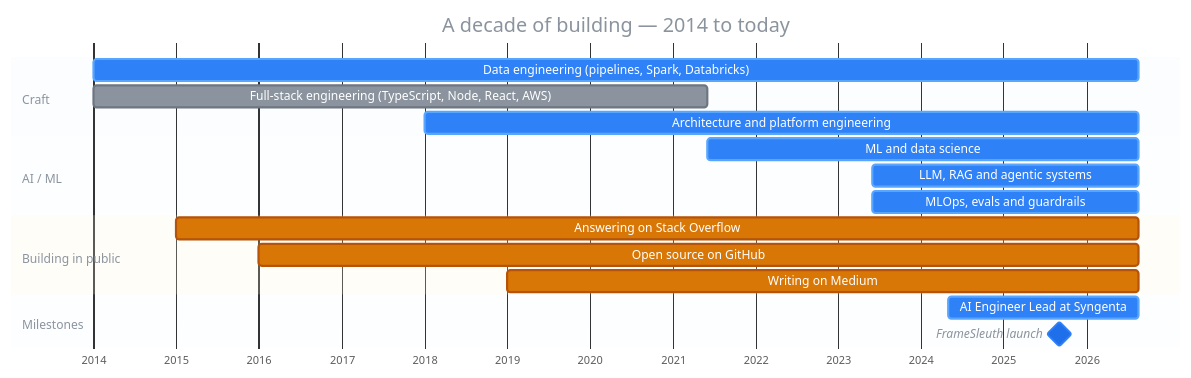
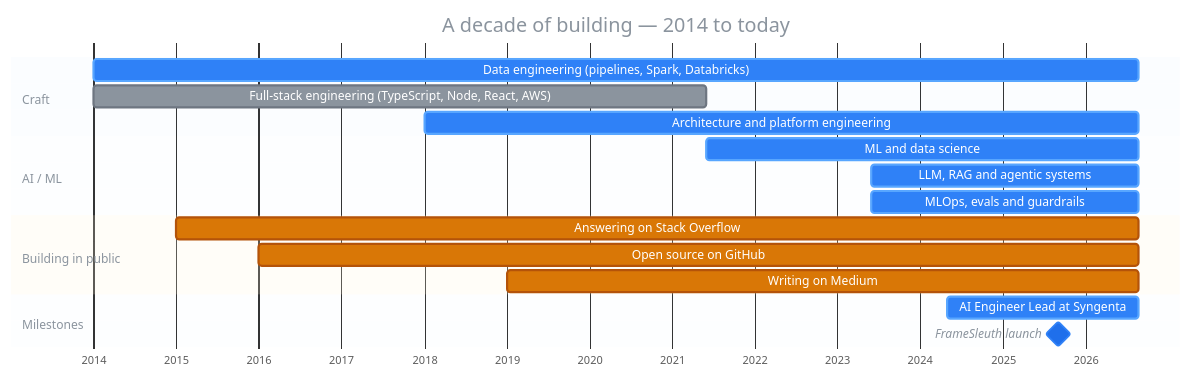
Before and after one commit to santoshshinde2012/santoshshinde2012: the first of 2 diagrams in README.md, drawn with Mermaid. The commit also changed other lines of this file, not shown here.

Commit message:
chore: refresh shipping summary

````diff
--- a/README.md
+++ b/README.md
@@ -132,27 +132,27 @@
 ```mermaid
 %%{init: {'theme':'base','themeVariables':{'fontFamily':'Fira Code, monospace','taskBkgColor':'#1F6FEB','taskBorderColor':'#2F81F7','activeTaskBkgColor':'#2F81F7','activeTaskBorderColor':'#58A6FF','doneTaskBkgColor':'#8B949E','doneTaskBorderColor':'#6E7681','critBkgColor':'#D97706','critBorderColor':'#B45309','critTextColor':'#ffffff','milestoneBkgColor':'#238636','milestoneBorderColor':'#2EA043','taskTextColor':'#ffffff','taskTextDarkColor':'#ffffff','taskTextLightColor':'#ffffff','taskTextOutsideColor':'#8B949E','gridColor':'#30363D','todayLineColor':'#F85149','titleColor':'#8B949E','sectionBkgColor':'#2F81F714','altSectionBkgColor':'#2F81F70A'}}}%%
 gantt
     title A decade of building — 2014 to today
     dateFormat YYYY-MM-DD
     axisFormat %Y
     tickInterval 1year
 
     section Craft
-    Data engineering (pipelines, Spark, Databricks)      :active, de,   2014-01-01, 2026-08-19
+    Data engineering (pipelines, Spark, Databricks)      :active, de,   2014-01-01, 2026-08-24
     Full-stack engineering (TypeScript, Node, React, AWS) :done,   fs,   2014-01-01, 2021-06-01
-    Architecture and platform engineering                :active, arch, 2018-01-01, 2026-08-19
+    Architecture and platform engineering                :active, arch, 2018-01-01, 2026-08-24
 
     section AI / ML
-    ML and data science                                  :active, ml,   2021-06-01, 2026-08-19
-    LLM, RAG and agentic systems                         :active, llm,  2023-06-01, 2026-08-19
-    MLOps, evals and guardrails                          :active, ops,  2023-06-01, 2026-08-19
+    ML and data science                                  :active, ml,   2021-06-01, 2026-08-24
+    LLM, RAG and agentic systems                         :active, llm,  2023-06-01, 2026-08-24
+    MLOps, evals and guardrails                          :active, ops,  2023-06-01, 2026-08-24
 
     section Building in public
-    Answering on Stack Overflow                          :crit, so,   2015-01-01, 2026-08-19
-    Open source on GitHub                                :crit, gh,   2016-01-01, 2026-08-19
-    Writing on Medium                                    :crit, med,  2019-01-01, 2026-08-19
+    Answering on Stack Overflow                          :crit, so,   2015-01-01, 2026-08-24
+    Open source on GitHub                                :crit, gh,   2016-01-01, 2026-08-24
+    Writing on Medium                                    :crit, med,  2019-01-01, 2026-08-24
 
     section Milestones
-    AI Engineer Lead at Syngenta                         :active,    syn, 2024-05-01, 2026-08-19
+    AI Engineer Lead at Syngenta                         :active,    syn, 2024-05-01, 2026-08-24
     FrameSleuth launch                                   :milestone, fsl, 2025-09-01, 0d
 ```
````
